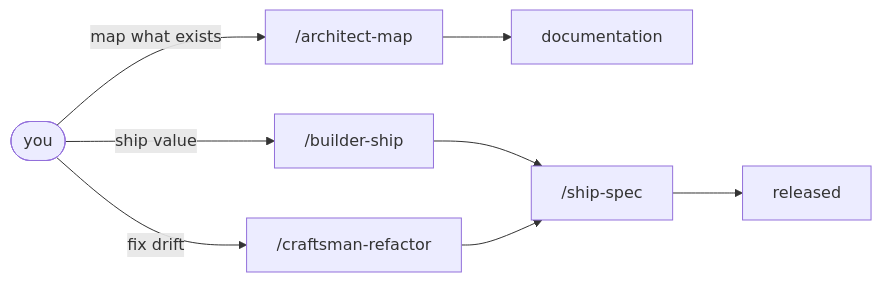
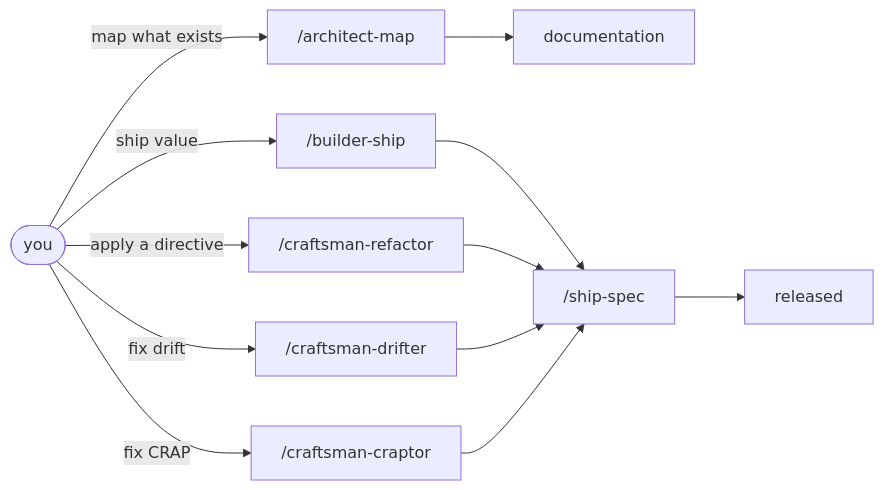
The first of 4 diagrams in docs/AIDD.workflow.md (AIDDbot/AIDDbot), drawn with Mermaid before and after one commit. The commit also changed other lines of this file and 15 other files, not shown here.

````diff
--- a/docs/AIDD.workflow.md
+++ b/docs/AIDD.workflow.md
@@ -27,11 +29,15 @@
 ```mermaid
 flowchart LR
   YOU([you])
   YOU -->|map what exists| ARC["/architect-map"]
   YOU -->|ship value| BLD["/builder-ship"]
-  YOU -->|fix drift| CRF["/craftsman-refactor"]
+  YOU -->|apply a directive| REF["/craftsman-refactor"]
+  YOU -->|fix drift| DFT["/craftsman-drifter"]
+  YOU -->|fix CRAP| CRP["/craftsman-craptor"]
   ARC --> DOC[documentation]
   BLD --> MACH["/ship-spec"]
-  CRF --> MACH
+  REF --> MACH
+  DFT --> MACH
+  CRP --> MACH
   MACH --> REL[released]
 ```
````
